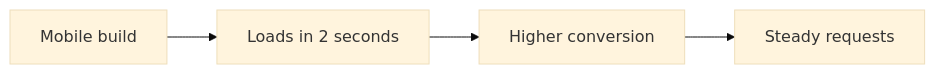
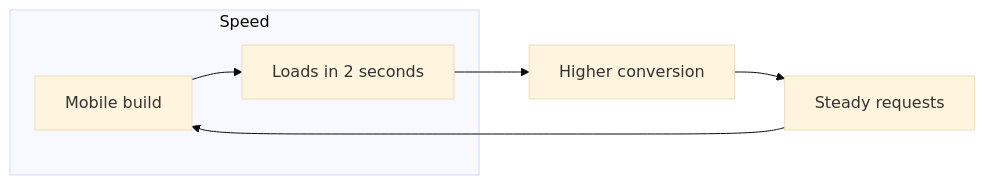
The diagram in src/shared/assets/diagrams/landing-pages.speed-loop.en.mmd (Vectorfield4/login-ai), drawn with Mermaid (base theme) before and after one commit. The commit also changed 602 other files, not shown here.

Commit message:
diagrams: rework all 100 schemas (state/sequence/er + subgraph)

```diff
--- a/src/shared/assets/diagrams/landing-pages.speed-loop.en.mmd
+++ b/src/shared/assets/diagrams/landing-pages.speed-loop.en.mmd
@@ -1,4 +1,8 @@
 flowchart LR
-  a["Mobile build"] --> b["Loads in 2 seconds"]
-  b --> c["Higher conversion"]
+  subgraph Speed["Speed"]
+    a["Mobile build"]
+    b["Loads in 2 seconds"]
+  end
+  a --> b --> c["Higher conversion"]
   c --> d["Steady requests"]
+  d --> a
```
